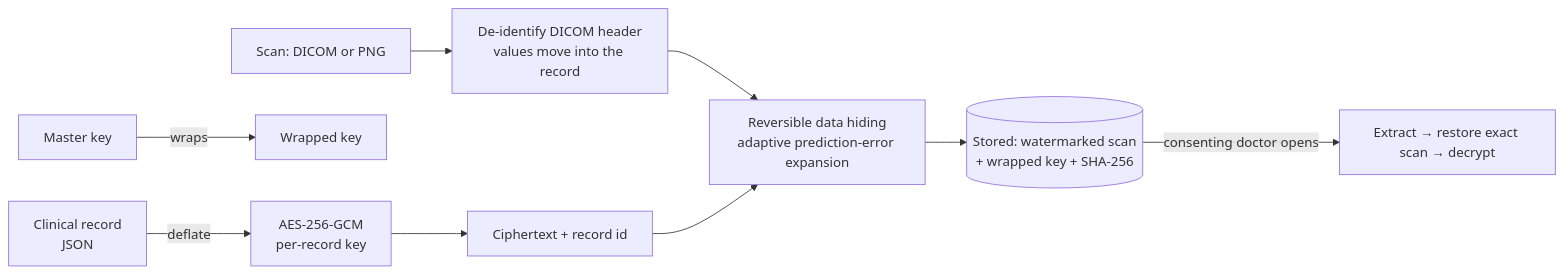
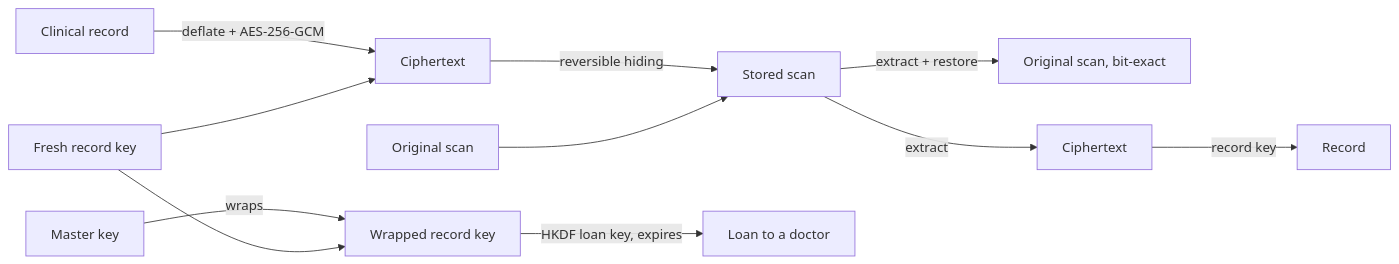
Before and after one commit to Vishwanathanirv/Privacy-Preserving-Medical-Records-Storage: the diagram in README.md, drawn with Mermaid. The commit also changed other lines of this file and 20 other files, not shown here.

````diff
--- a/README.md
+++ b/README.md
@@ -40,11 +35,12 @@
 ```mermaid
 flowchart LR
-  R[Clinical record<br/>JSON] -->|deflate| E[AES-256-GCM<br/>per-record key]
-  K[Master key] -->|wraps| W[Wrapped key]
-  E --> P[Ciphertext + record id]
-  S[Scan: DICOM or PNG] --> D[De-identify DICOM header<br/>values move into the record]
-  D --> H[Reversible data hiding<br/>adaptive prediction-error expansion]
-  P --> H
-  H --> ST[(Stored: watermarked scan<br/>+ wrapped key + SHA-256)]
-  ST -->|consenting doctor opens| X[Extract → restore exact scan → decrypt]
+  R[Clinical record] -->|deflate + AES-256-GCM| C[Ciphertext]
+  K[Fresh record key] --> C
+  M[Master key] -->|wraps| W[Wrapped record key]
+  K --> W
+  C -->|reversible hiding| S[Stored scan]
+  O[Original scan] --> S
+  W -->|HKDF loan key, expires| L[Loan to a doctor]
+  S -->|extract + restore| X[Original scan, bit-exact]
+  S -->|extract| C2[Ciphertext] -->|record key| R2[Record]
 ```
````
